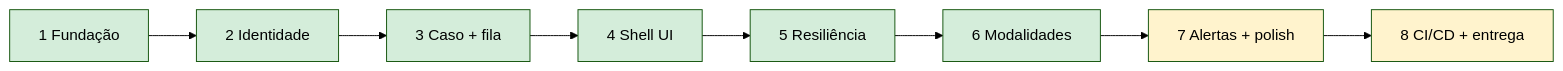
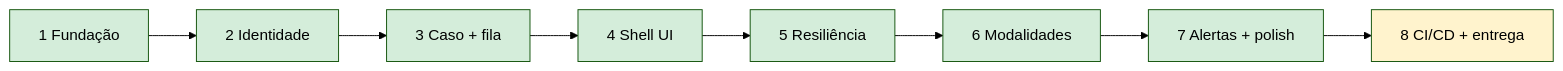
Before and after one commit to vinicius707/tech-challenge-fase-4-8IADT: the seventh of 7 diagrams in docs/architecture.md, drawn with Mermaid (forest theme). The commit also changed other lines of this file and 8 other files, not shown here.

````diff
--- a/docs/architecture.md
+++ b/docs/architecture.md
@@ -206,19 +206,19 @@
 ```mermaid
 flowchart LR
   E1[1 Fundação] --> E2[2 Identidade]
   E2 --> E3[3 Caso + fila]
   E3 --> E4[4 Shell UI]
   E4 --> E5[5 Resiliência]
   E5 --> E6[6 Modalidades]
   E6 --> E7[7 Alertas + polish]
   E7 --> E8[8 CI/CD + entrega]
 
   style E1 fill:#d4edda
   style E2 fill:#d4edda
   style E3 fill:#d4edda
   style E4 fill:#d4edda
   style E5 fill:#d4edda
   style E6 fill:#d4edda
-  style E7 fill:#fff3cd
+  style E7 fill:#d4edda
   style E8 fill:#fff3cd
 ```
````
